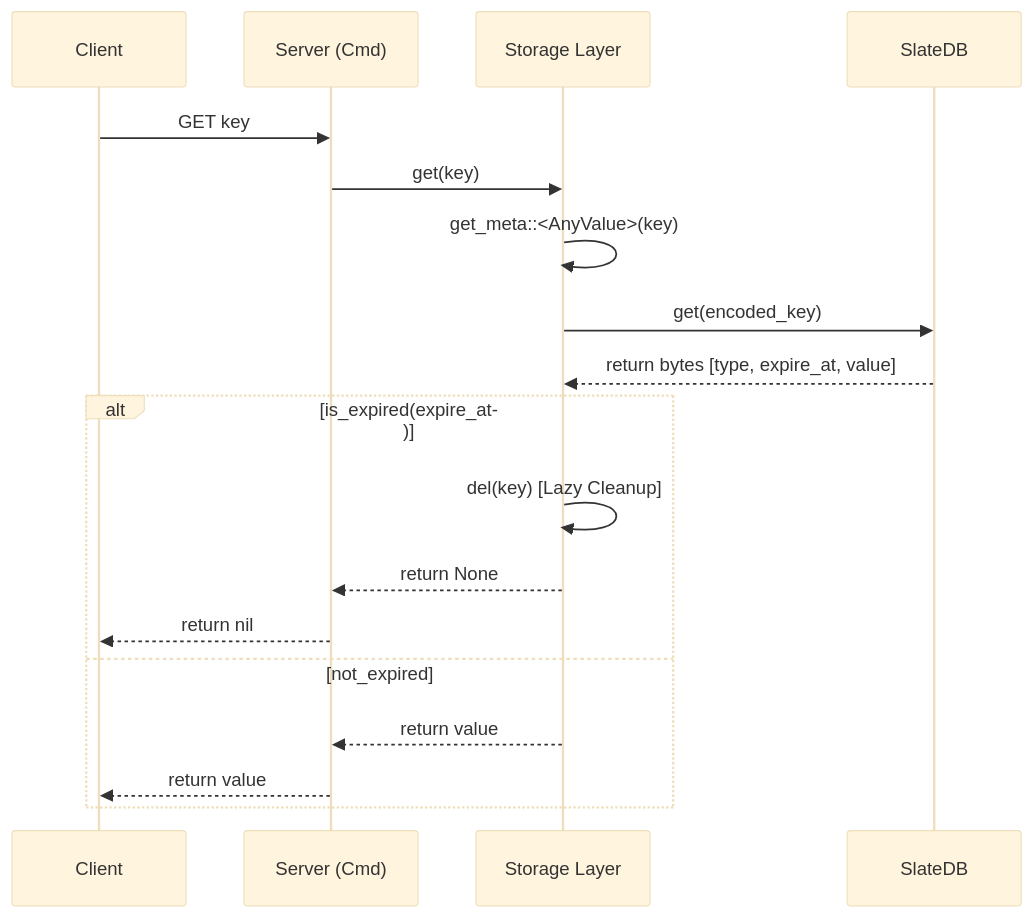
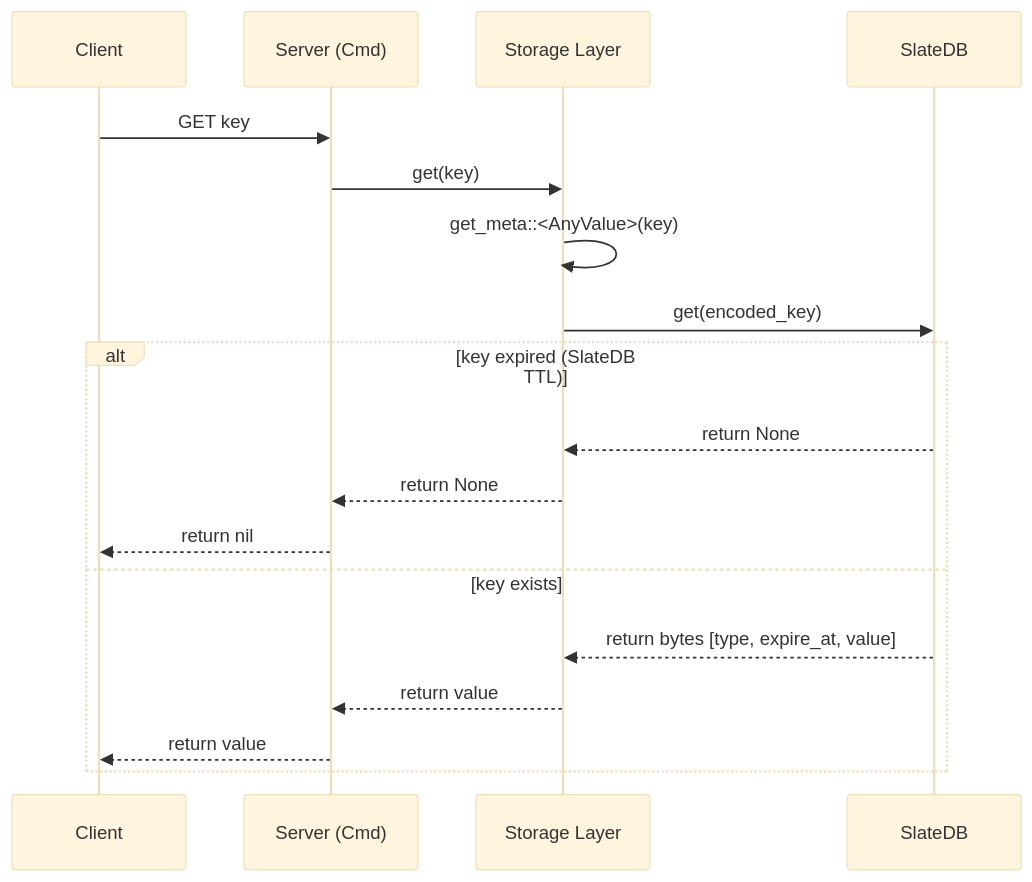
The diagram in docs/ttl_implementation_design.md (marsevilspirit/nimbis), drawn with Mermaid (base theme) before and after one commit. The commit also changed other lines of this file and 19 other files, not shown here.

````diff
--- a/docs/ttl_implementation_design.md
+++ b/docs/ttl_implementation_design.md
@@ -79,21 +78,21 @@
 ```mermaid
 sequenceDiagram
     participant C as Client
     participant S as Server (Cmd)
     participant ST as Storage Layer
     participant DB as SlateDB
 
     C->>S: GET key
     S->>ST: get(key)
     ST->>ST: get_meta::<AnyValue>(key)
     ST->>DB: get(encoded_key)
-    DB-->>ST: return bytes [type, expire_at, value]
-    alt is_expired(expire_at)
-        ST->>ST: del(key) [Lazy Cleanup]
+    alt key expired (SlateDB TTL)
+        DB-->>ST: return None
         ST-->>S: return None
         S-->>C: return nil
-    else not_expired
+    else key exists
+        DB-->>ST: return bytes [type, expire_at, value]
         ST-->>S: return value
         S-->>C: return value
     end
 ```
````
